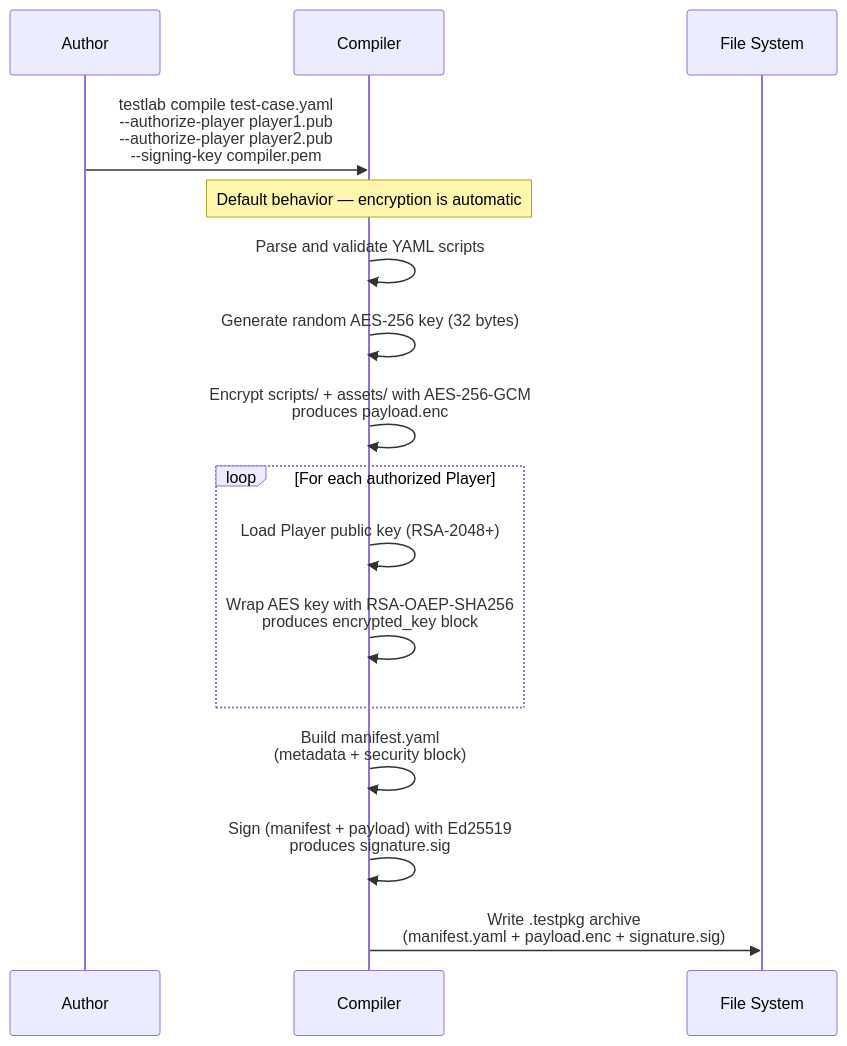
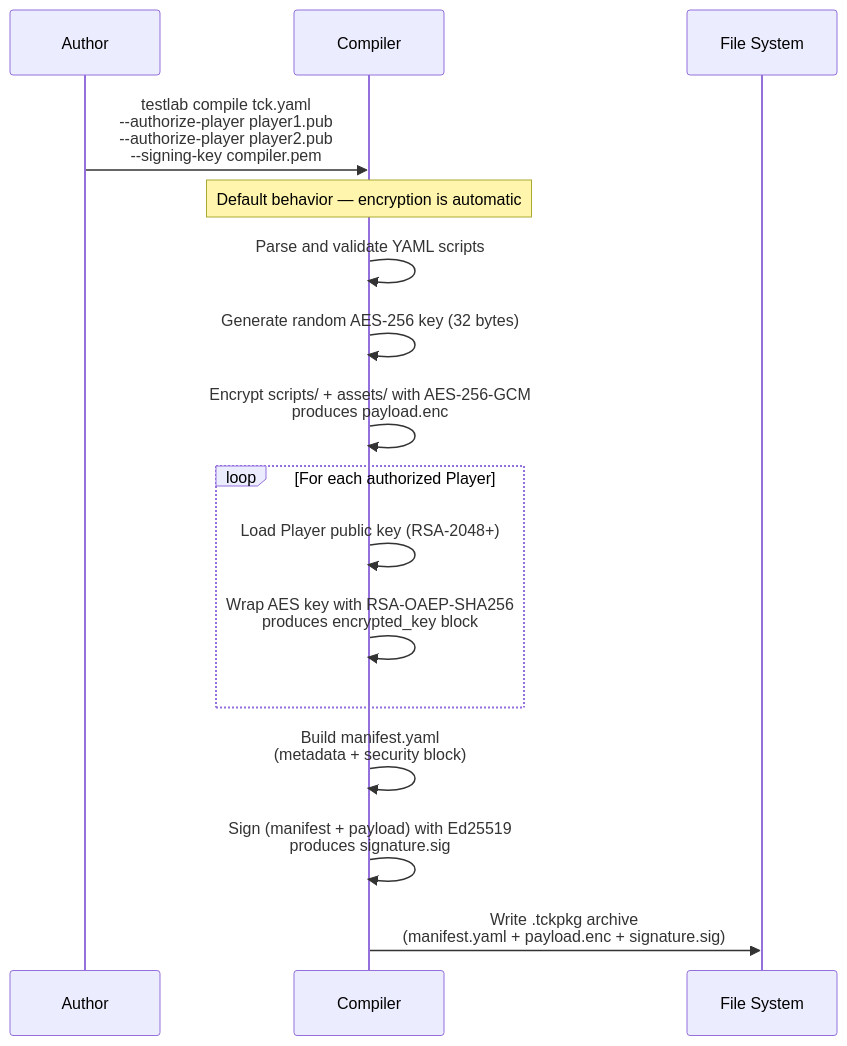
One commit to tudorfrincu1/tractusx-testlab changed the first of 3 diagrams in docs/specification/specification/security.md. Above: the diagram before and after it, drawn with Mermaid. The commit also changed other lines of this file and 144 other files, not shown here.

First line of the commit message:
Refactor TestLab to use TCK terminology and implement SSE streaming for job events

````diff
--- a/docs/specification/specification/security.md
+++ b/docs/specification/specification/security.md
@@ -75,23 +75,23 @@
 ```mermaid
 sequenceDiagram
     participant A as Author
     participant C as Compiler
     participant FS as File System
 
-    A->>C: testlab compile test-case.yaml<br/>--authorize-player player1.pub<br/>--authorize-player player2.pub<br/>--signing-key compiler.pem
+    A->>C: testlab compile tck.yaml<br/>--authorize-player player1.pub<br/>--authorize-player player2.pub<br/>--signing-key compiler.pem
 
     Note over C: Default behavior — encryption is automatic
 
     C->>C: Parse and validate YAML scripts
     C->>C: Generate random AES-256 key (32 bytes)
     C->>C: Encrypt scripts/ + assets/ with AES-256-GCM<br/>produces payload.enc
 
     loop For each authorized Player
         C->>C: Load Player public key (RSA-2048+)
         C->>C: Wrap AES key with RSA-OAEP-SHA256<br/>produces encrypted_key block
     end
 
     C->>C: Build manifest.yaml<br/>(metadata + security block)
     C->>C: Sign (manifest + payload) with Ed25519<br/>produces signature.sig
-    C->>FS: Write .testpkg archive<br/>(manifest.yaml + payload.enc + signature.sig)
+    C->>FS: Write .tckpkg archive<br/>(manifest.yaml + payload.enc + signature.sig)
 ```
````
